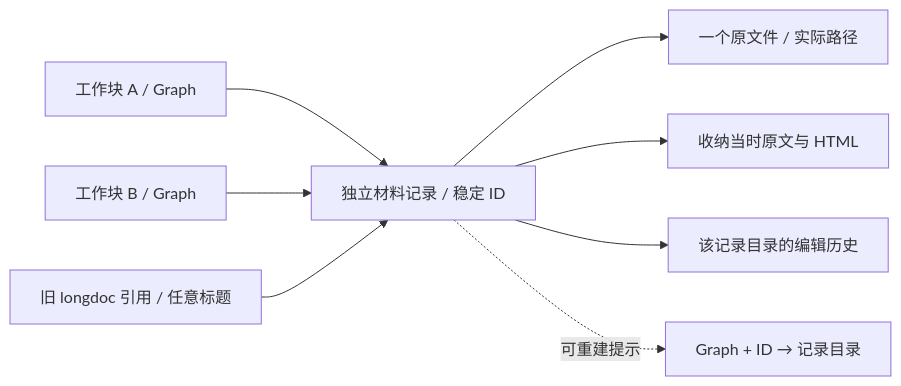
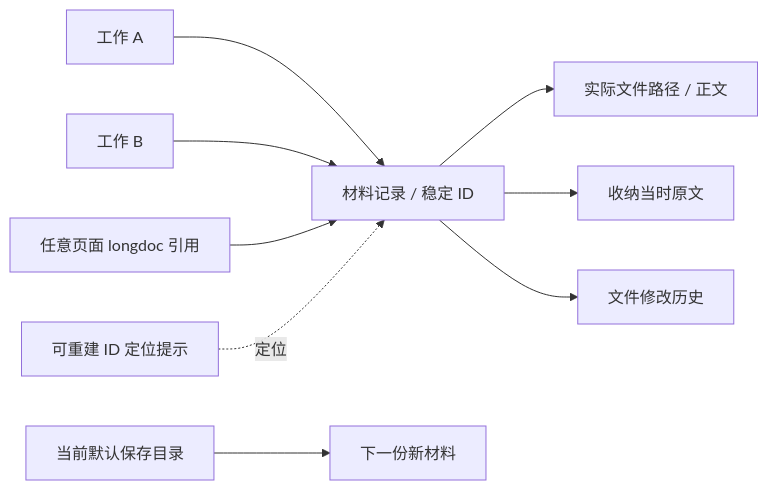
One commit to wrd233/logseq-task-manager changed the second of 5 diagrams in docs/architecture/materials-module-architecture.md. Above: the diagram before and after it, drawn with Mermaid. The commit also changed other lines of this file and 37 other files, not shown here.

````diff
--- a/docs/architecture/materials-module-architecture.md
+++ b/docs/architecture/materials-module-architecture.md
@@ -33,10 +31,11 @@
 ```mermaid
 flowchart LR
-  A[工作块 A / Graph] --> R[独立材料记录 / 稳定 ID]
-  B[工作块 B / Graph] --> R
-  L[旧 longdoc 引用 / 任意标题] --> R
-  R --> F[一个原文件 / 实际路径]
-  R --> O[收纳当时原文与 HTML]
-  R --> H[该记录目录的编辑历史]
-  R -. 可重建提示 .-> I[Graph + ID → 记录目录]
+  A[工作 A] --> R[材料记录 / 稳定 ID]
+  B[工作 B] --> R
+  L[任意页面 longdoc 引用] --> R
+  R --> F[实际文件路径 / 正文]
+  R --> Original[收纳当时原文]
+  R --> History[文件修改历史]
+  Hint[可重建 ID 定位提示] -. 定位 .-> R
+  Destination[当前默认保存目录] --> New[下一份新材料]
 ```
````
